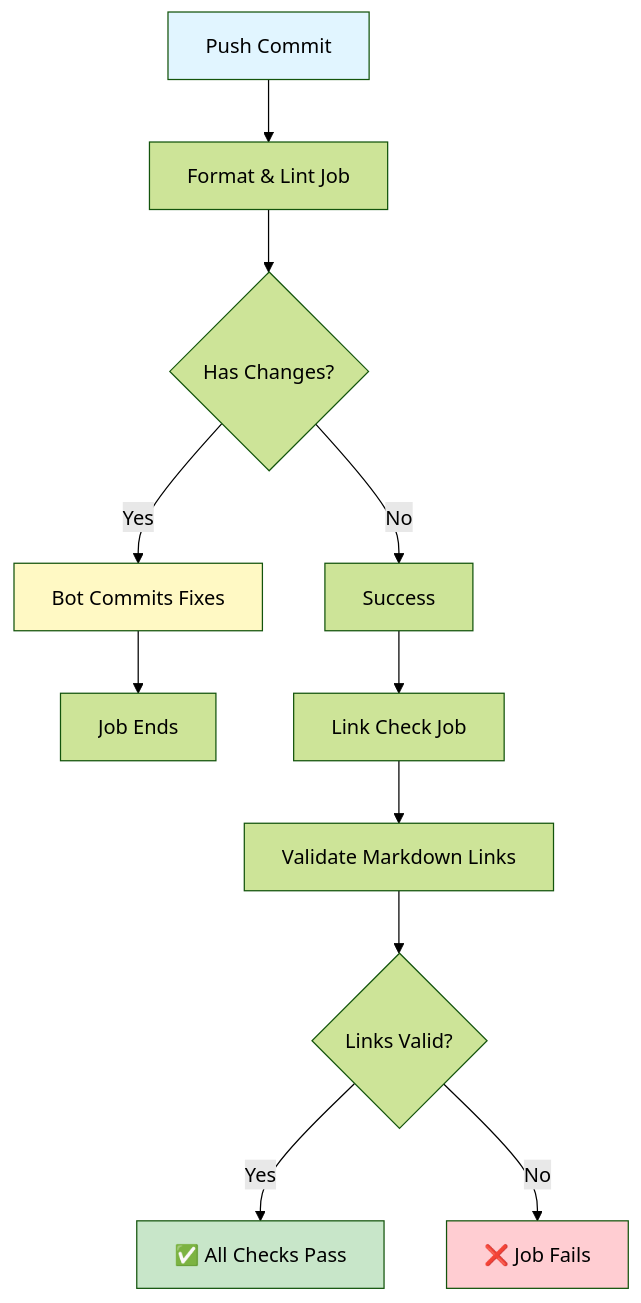
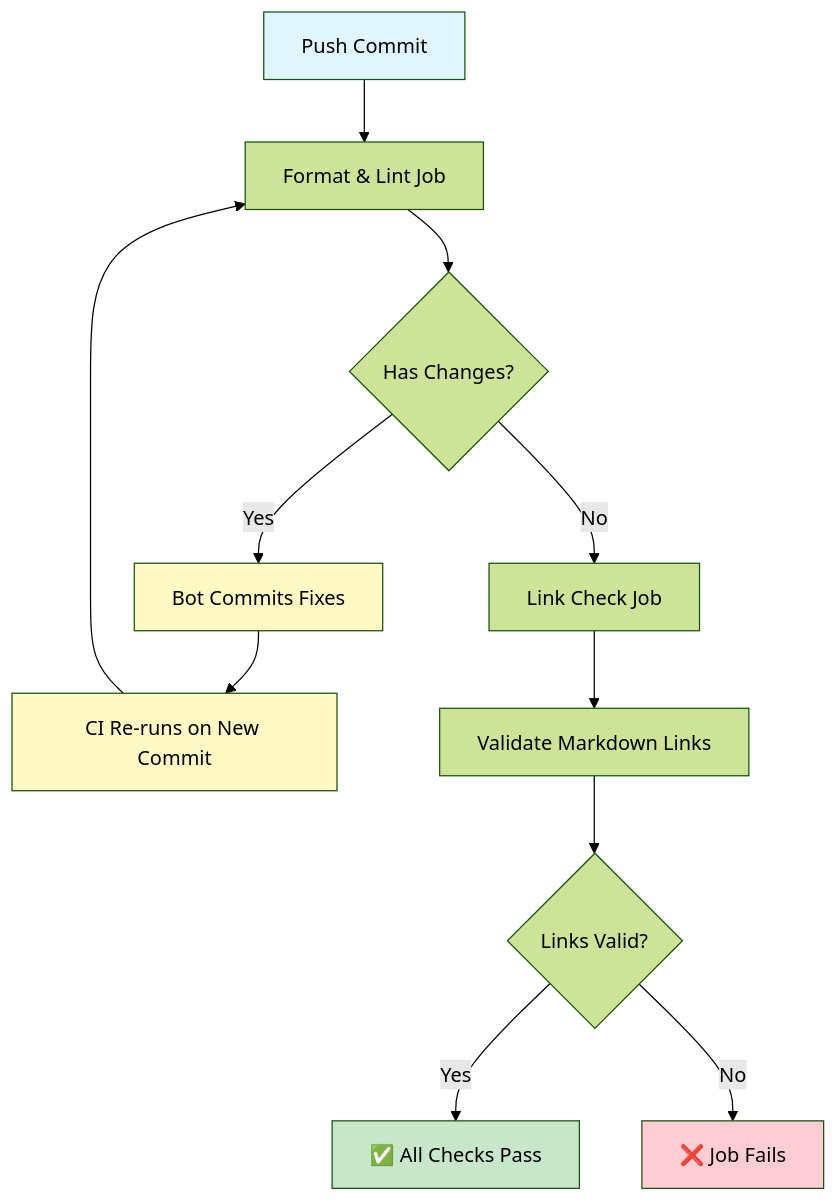
Before and after one commit to borealBytes/startup-blueprint: the first of 6 diagrams in .github/CI_CD_GUIDE.md, drawn with Mermaid (forest theme). The commit also changed other lines of this file, not shown here.

First line of the commit message:
fix(docs): Correct workflow chain diagram to show CI re-runs on bot commits

````diff
--- a/.github/CI_CD_GUIDE.md
+++ b/.github/CI_CD_GUIDE.md
@@ -31,18 +31,19 @@
 ```mermaid
 flowchart TD
     A[Push Commit] --> B[Format & Lint Job]
     B --> C{Has Changes?}
     C -->|Yes| D[Bot Commits Fixes]
-    C -->|No| E[Success]
-    D --> F[Job Ends]
-    E --> G[Link Check Job]
-    G --> H[Validate Markdown Links]
-    H --> I{Links Valid?}
-    I -->|Yes| J[✅ All Checks Pass]
-    I -->|No| K[❌ Job Fails]
-
+    C -->|No| E[Link Check Job]
+    D --> F[CI Re-runs on New Commit]
+    F --> B
+    E --> G[Validate Markdown Links]
+    G --> H{Links Valid?}
+    H -->|Yes| I[✅ All Checks Pass]
+    H -->|No| J[❌ Job Fails]
+    
     style A fill:#e1f5ff
-    style J fill:#c8e6c9
-    style K fill:#ffcdd2
+    style I fill:#c8e6c9
+    style J fill:#ffcdd2
     style D fill:#fff9c4
+    style F fill:#fff9c4
 ```
````
